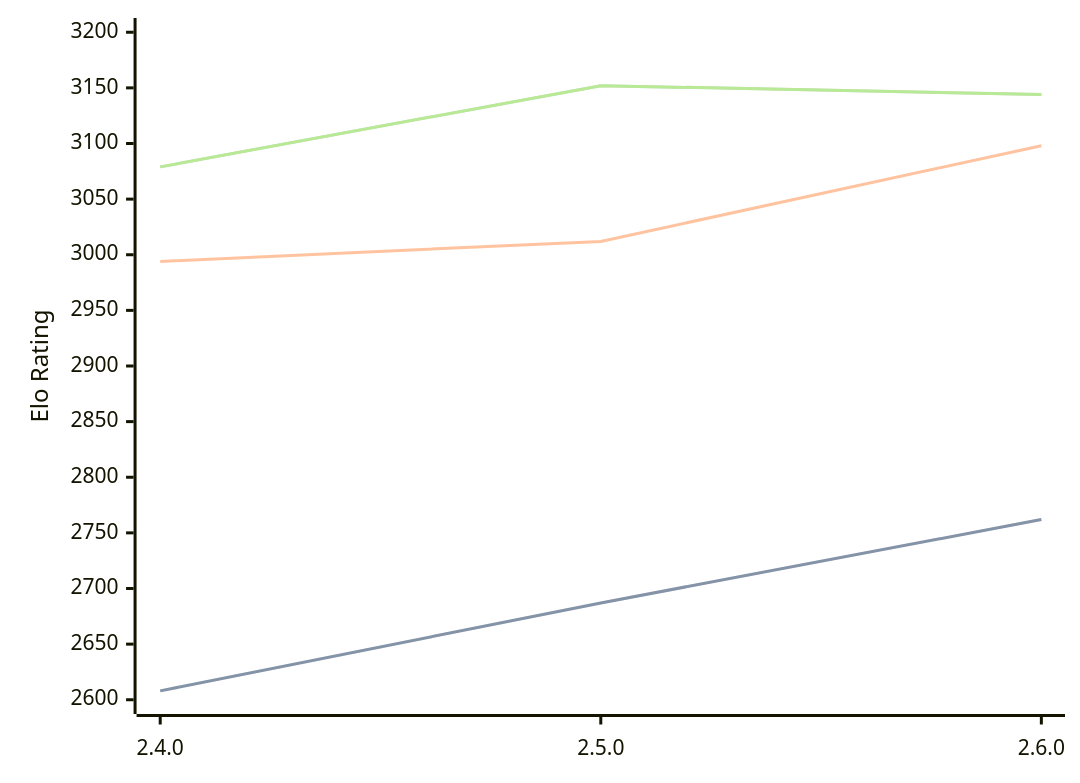
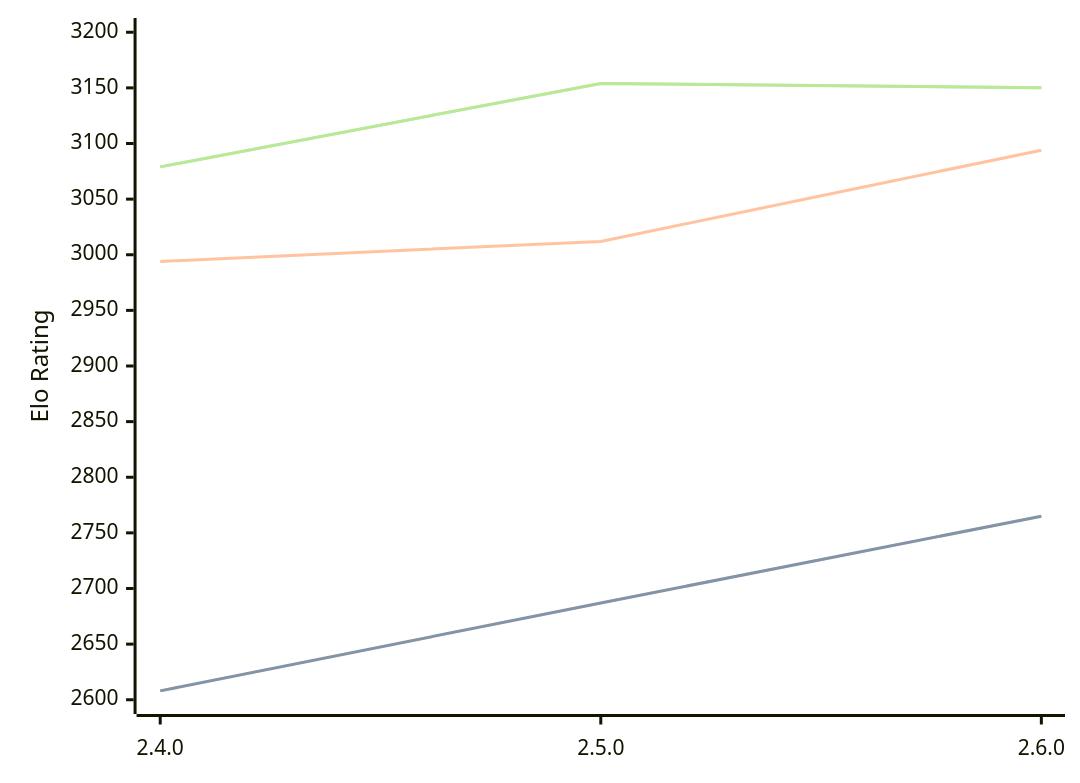
Before and after one commit to computer-chess-index/cci: the diagram in engines/Sturddle2.md, drawn with Mermaid. The commit also changed other lines of this file, not shown here.

Commit message:
Update CCI Ratings (ELO VLTC) - 2026-08-17

````diff
--- a/engines/Sturddle2.md
+++ b/engines/Sturddle2.md
@@ -33,11 +33,11 @@
 ```mermaid
 %%{init: {"theme":"base","themeVariables":{"seriesColors:['#a3a3a3','#222221','#faa371']}}}%%
 xychart-beta
   x-axis ["2.4.0", "2.5.0", "2.6.0"]
   y-axis "Elo Rating" 2600 --> 3200
-  line "STC (8.0+0.08s)" [2608, 2687, 2762]
-  line "STC (8.0+0.08s)" [2608, 2687, 2762]
-  line "LTC (60.0+0.60s)" [2994, 3012, 3098]
-  line "VLTC (2m24s+1.12s)" [3079, 3152, 3144]
-  line "VLTC (2m24s+1.12s)" [3079, 3152, 3144]
+  line "STC (8.0+0.08s)" [2608, 2687, 2765]
+  line "STC (8.0+0.08s)" [2608, 2687, 2765]
+  line "LTC (60.0+0.60s)" [2994, 3012, 3094]
+  line "VLTC (2m24s+1.12s)" [3079, 3154, 3150]
+  line "VLTC (2m24s+1.12s)" [3079, 3154, 3150]
 ```
````
